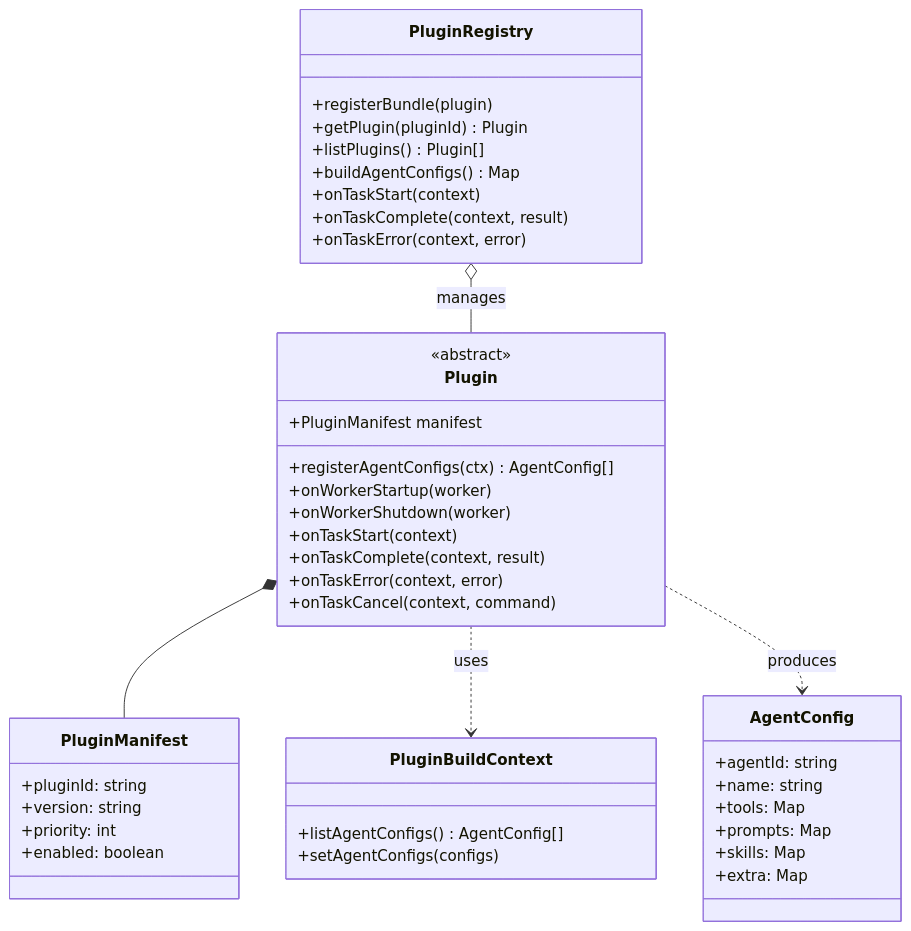
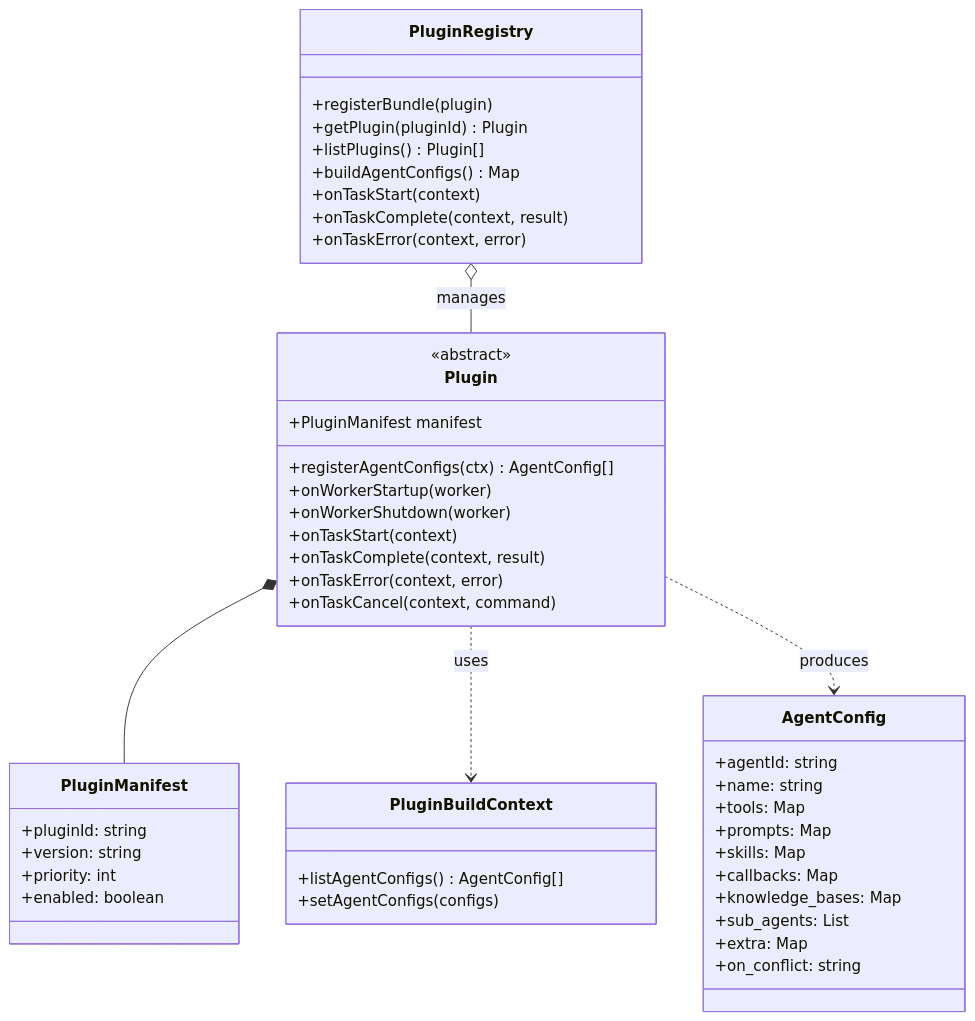
The second of 4 diagrams in docs/architecture/plugin-system.md (beyonai/by-framework-docs), drawn with Mermaid before and after one commit. The commit also changed other lines of this file and 46 other files, not shown here.

````diff
--- a/docs/architecture/plugin-system.md
+++ b/docs/architecture/plugin-system.md
@@ -30,50 +28,54 @@
 ```mermaid
 classDiagram
     class Plugin {
         <<abstract>>
         +PluginManifest manifest
         +registerAgentConfigs(ctx) AgentConfig[]
         +onWorkerStartup(worker)
         +onWorkerShutdown(worker)
         +onTaskStart(context)
         +onTaskComplete(context, result)
         +onTaskError(context, error)
         +onTaskCancel(context, command)
     }
 
     class PluginManifest {
         +pluginId: string
         +version: string
         +priority: int
         +enabled: boolean
     }
 
     class PluginBuildContext {
         +listAgentConfigs() AgentConfig[]
         +setAgentConfigs(configs)
     }
 
     class AgentConfig {
         +agentId: string
         +name: string
         +tools: Map
         +prompts: Map
         +skills: Map
+        +callbacks: Map
+        +knowledge_bases: Map
+        +sub_agents: List
         +extra: Map
+        +on_conflict: string
     }
 
     class PluginRegistry {
         +registerBundle(plugin)
         +getPlugin(pluginId) Plugin
         +listPlugins() Plugin[]
         +buildAgentConfigs() Map
         +onTaskStart(context)
         +onTaskComplete(context, result)
         +onTaskError(context, error)
     }
 
     Plugin *-- PluginManifest
     Plugin ..> PluginBuildContext : uses
     Plugin ..> AgentConfig : produces
     PluginRegistry o-- Plugin : manages
 ```
````
